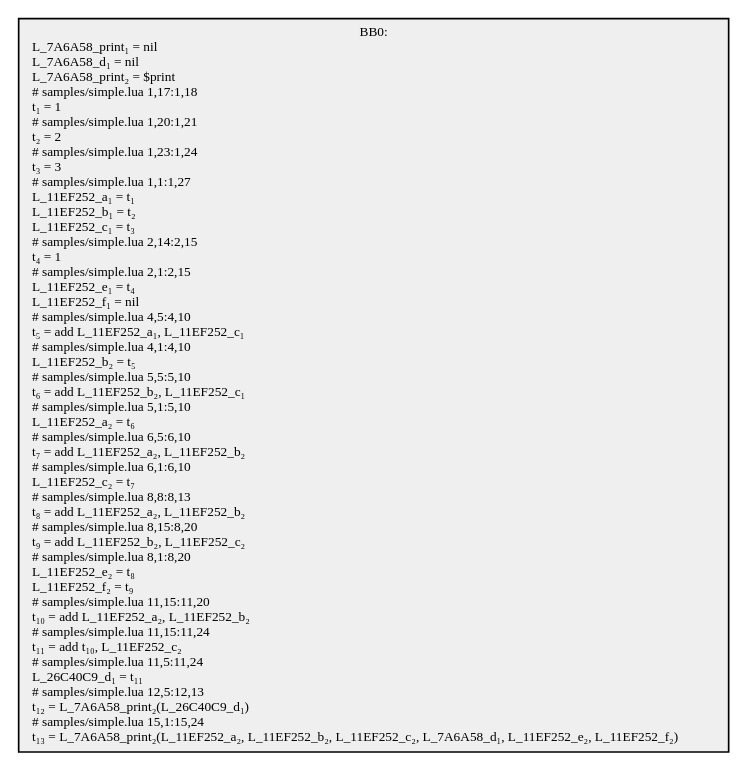
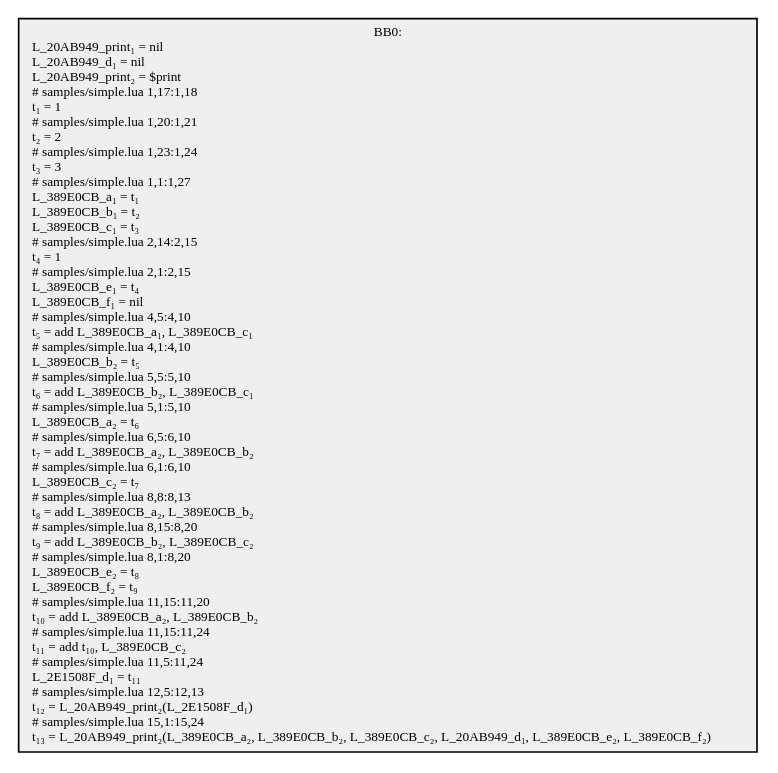
Before and after one commit to GGG-KILLER/SimpleCompiler: the diagram in src/SimpleCompiler.Cli/samples/obj/simple.1.dot, drawn with Graphviz. The commit also changed 26 other files, not shown here.

```diff
--- a/src/SimpleCompiler.Cli/samples/obj/simple.1.dot
+++ b/src/SimpleCompiler.Cli/samples/obj/simple.1.dot
@@ -1,5 +1,5 @@
 digraph {
   node[shape=box style=filled fontsize=8 fontname="Cascadia Code" fillcolor="#efefef"];
-  BB0 [label="BB0:\nL_7A6A58_print₁ = nil\lL_7A6A58_d₁ = nil\lL_7A6A58_print₂ = $print\l# samples/simple.lua 1,17:1,18\lt₁ = 1\l# samples/simple.lua 1,20:1,21\lt₂ = 2\l# samples/simple.lua 1,23:1,24\lt₃ = 3\l# samples/simple.lua 1,1:1,27\lL_11EF252_a₁ = t₁\lL_11EF252_b₁ = t₂\lL_11EF252_c₁ = t₃\l# samples/simple.lua 2,14:2,15\lt₄ = 1\l# samples/simple.lua 2,1:2,15\lL_11EF252_e₁ = t₄\lL_11EF252_f₁ = nil\l# samples/simple.lua 4,5:4,10\lt₅ = add L_11EF252_a₁, L_11EF252_c₁\l# samples/simple.lua 4,1:4,10\lL_11EF252_b₂ = t₅\l# samples/simple.lua 5,5:5,10\lt₆ = add L_11EF252_b₂, L_11EF252_c₁\l# samples/simple.lua 5,1:5,10\lL_11EF252_a₂ = t₆\l# samples/simple.lua 6,5:6,10\lt₇ = add L_11EF252_a₂, L_11EF252_b₂\l# samples/simple.lua 6,1:6,10\lL_11EF252_c₂ = t₇\l# samples/simple.lua 8,8:8,13\lt₈ = add L_11EF252_a₂, L_11EF252_b₂\l# samples/simple.lua 8,15:8,20\lt₉ = add L_11EF252_b₂, L_11EF252_c₂\l# samples/simple.lua 8,1:8,20\lL_11EF252_e₂ = t₈\lL_11EF252_f₂ = t₉\l# samples/simple.lua 11,15:11,20\lt₁₀ = add L_11EF252_a₂, L_11EF252_b₂\l# samples/simple.lua 11,15:11,24\lt₁₁ = add t₁₀, L_11EF252_c₂\l# samples/simple.lua 11,5:11,24\lL_26C40C9_d₁ = t₁₁\l# samples/simple.lua 12,5:12,13\lt₁₂ = L_7A6A58_print₂(L_26C40C9_d₁)\l# samples/simple.lua 15,1:15,24\lt₁₃ = L_7A6A58_print₂(L_11EF252_a₂, L_11EF252_b₂, L_11EF252_c₂, L_7A6A58_d₁, L_11EF252_e₂, L_11EF252_f₂)\l"];
+  BB0 [label="BB0:\nL_20AB949_print₁ = nil\lL_20AB949_d₁ = nil\lL_20AB949_print₂ = $print\l# samples/simple.lua 1,17:1,18\lt₁ = 1\l# samples/simple.lua 1,20:1,21\lt₂ = 2\l# samples/simple.lua 1,23:1,24\lt₃ = 3\l# samples/simple.lua 1,1:1,27\lL_389E0CB_a₁ = t₁\lL_389E0CB_b₁ = t₂\lL_389E0CB_c₁ = t₃\l# samples/simple.lua 2,14:2,15\lt₄ = 1\l# samples/simple.lua 2,1:2,15\lL_389E0CB_e₁ = t₄\lL_389E0CB_f₁ = nil\l# samples/simple.lua 4,5:4,10\lt₅ = add L_389E0CB_a₁, L_389E0CB_c₁\l# samples/simple.lua 4,1:4,10\lL_389E0CB_b₂ = t₅\l# samples/simple.lua 5,5:5,10\lt₆ = add L_389E0CB_b₂, L_389E0CB_c₁\l# samples/simple.lua 5,1:5,10\lL_389E0CB_a₂ = t₆\l# samples/simple.lua 6,5:6,10\lt₇ = add L_389E0CB_a₂, L_389E0CB_b₂\l# samples/simple.lua 6,1:6,10\lL_389E0CB_c₂ = t₇\l# samples/simple.lua 8,8:8,13\lt₈ = add L_389E0CB_a₂, L_389E0CB_b₂\l# samples/simple.lua 8,15:8,20\lt₉ = add L_389E0CB_b₂, L_389E0CB_c₂\l# samples/simple.lua 8,1:8,20\lL_389E0CB_e₂ = t₈\lL_389E0CB_f₂ = t₉\l# samples/simple.lua 11,15:11,20\lt₁₀ = add L_389E0CB_a₂, L_389E0CB_b₂\l# samples/simple.lua 11,15:11,24\lt₁₁ = add t₁₀, L_389E0CB_c₂\l# samples/simple.lua 11,5:11,24\lL_2E1508F_d₁ = t₁₁\l# samples/simple.lua 12,5:12,13\lt₁₂ = L_20AB949_print₂(L_2E1508F_d₁)\l# samples/simple.lua 15,1:15,24\lt₁₃ = L_20AB949_print₂(L_389E0CB_a₂, L_389E0CB_b₂, L_389E0CB_c₂, L_20AB949_d₁, L_389E0CB_e₂, L_389E0CB_f₂)\l"];
 
 }
```
